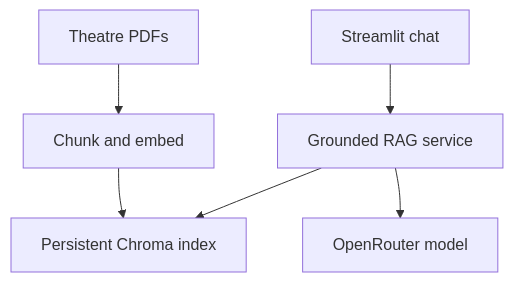
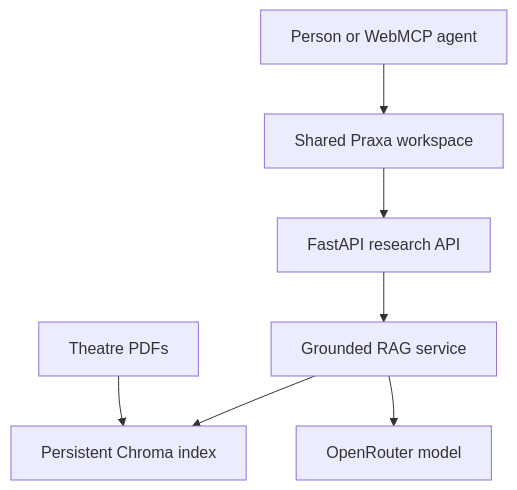
The diagram in README.md (kadedipe/PraxaApp), drawn with Mermaid before and after one commit. The commit also changed other lines of this file and 9 other files, not shown here.

First line of the commit message:
feat: make Praxa WebMCP-native for the challenge (#3)

````diff
--- a/README.md
+++ b/README.md
@@ -66,8 +50,9 @@
 ```mermaid
 flowchart TD
-    UI["Streamlit chat"] --> RAG["Grounded RAG service"]
+    Person["Person or WebMCP agent"] --> UI["Shared Praxa workspace"]
+    UI --> API["FastAPI research API"]
+    API --> RAG["Grounded RAG service"]
     RAG --> DB["Persistent Chroma index"]
     RAG --> OR["OpenRouter model"]
-    PDF["Theatre PDFs"] --> ING["Chunk and embed"]
-    ING --> DB
+    PDF["Theatre PDFs"] --> DB
 ```
````
